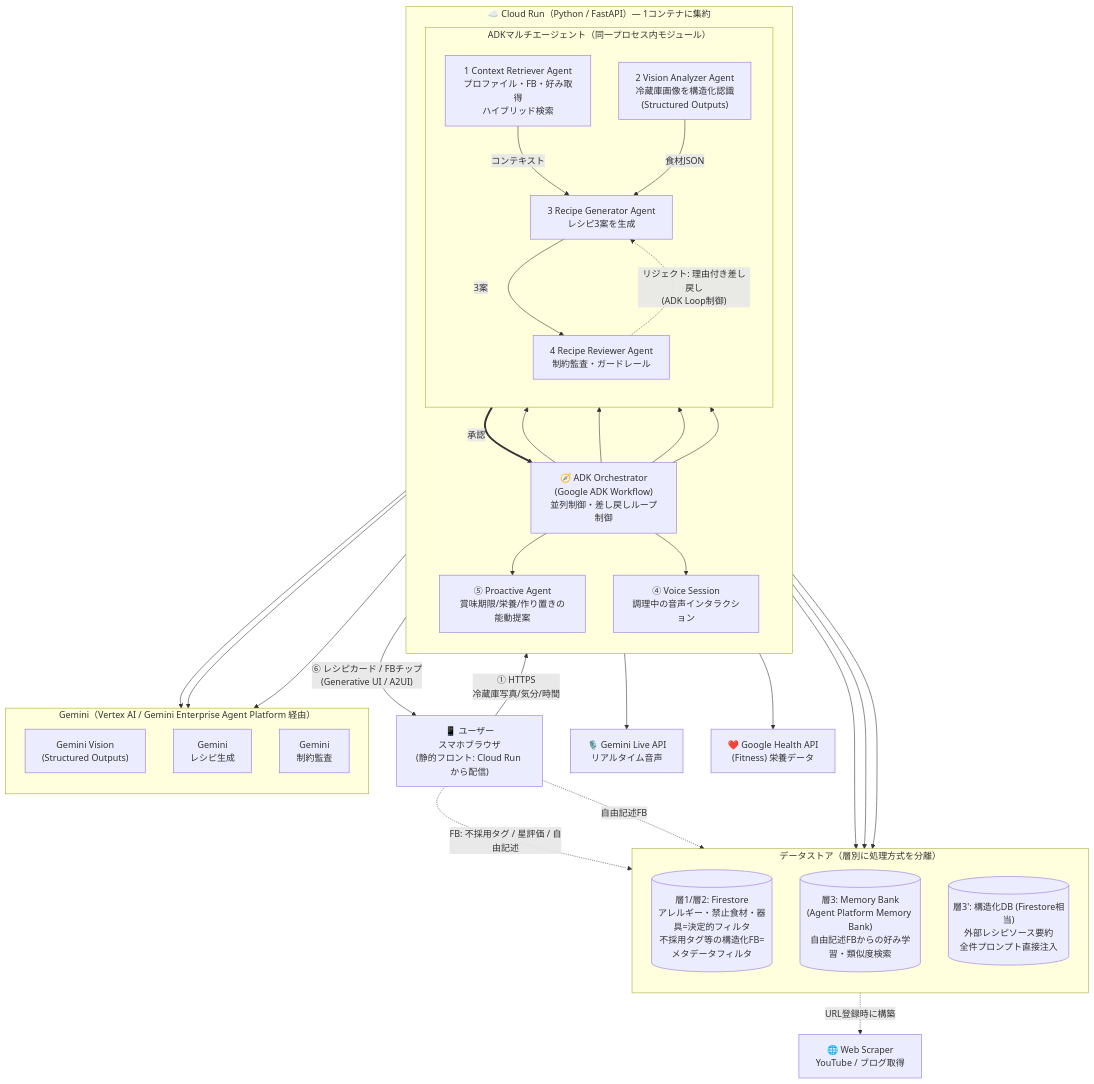
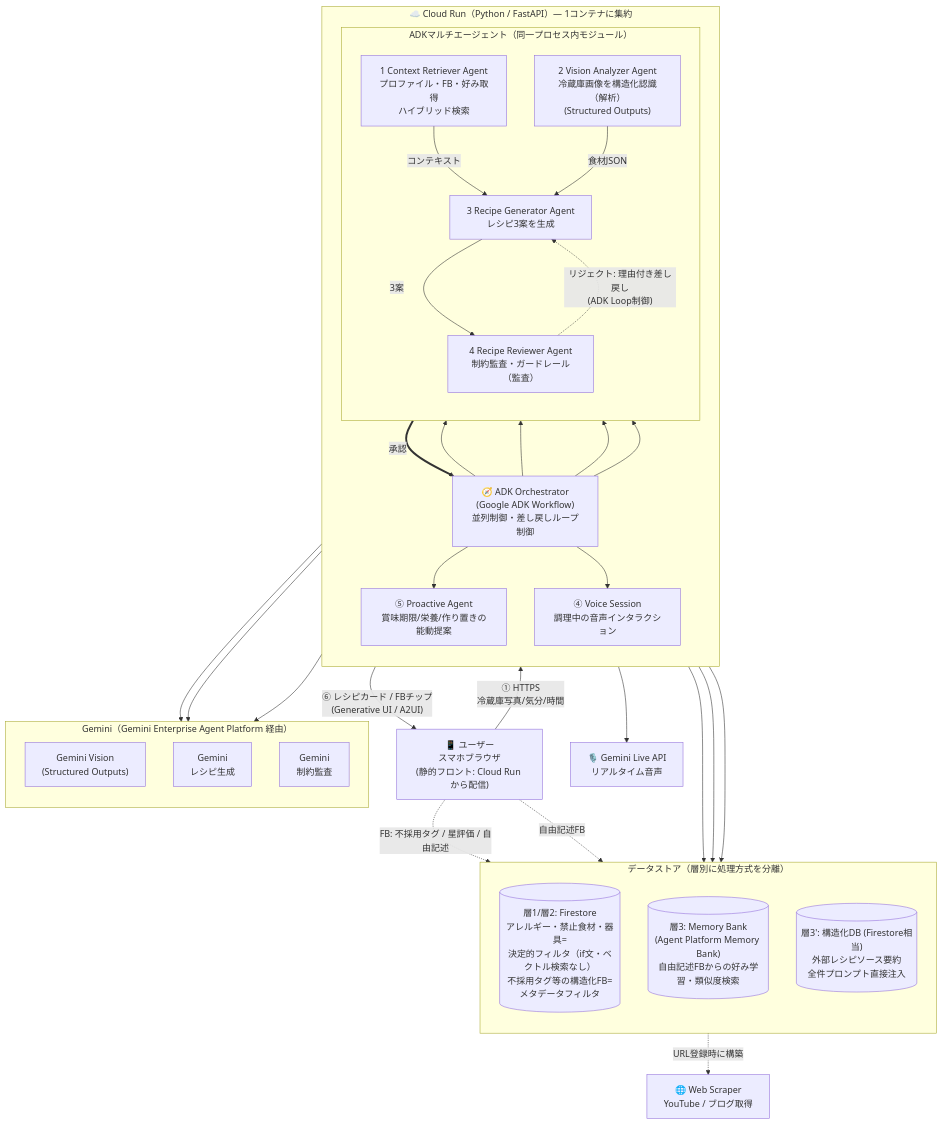
Before and after one commit to TomorrowsMealPlanningBoard/webapp: the first of 2 diagrams in docs/architecture.md, drawn with Mermaid. The commit also changed other lines of this file and 7 other files, not shown here.

````diff
--- a/docs/architecture.md
+++ b/docs/architecture.md
@@ -21,74 +21,72 @@
 ```mermaid
 flowchart TB
     User["📱 ユーザー<br/>スマホブラウザ<br/>(静的フロント: Cloud Run から配信)"]
 
     subgraph CloudRun["☁️ Cloud Run（Python / FastAPI）— 1コンテナに集約"]
         direction TB
         Orch["🧭 ADK Orchestrator<br/>(Google ADK Workflow)<br/>並列制御・差し戻しループ制御"]
 
         subgraph Agents["ADKマルチエージェント（同一プロセス内モジュール）"]
             direction TB
             CR["1 Context Retriever Agent<br/>プロファイル・FB・好み取得<br/>ハイブリッド検索"]
-            VA["2 Vision Analyzer Agent<br/>冷蔵庫画像を構造化認識<br/>(Structured Outputs)"]
+            VA["2 Vision Analyzer Agent<br/>冷蔵庫画像を構造化認識（解析）<br/>(Structured Outputs)"]
             RG["3 Recipe Generator Agent<br/>レシピ3案を生成"]
-            RV["4 Recipe Reviewer Agent<br/>制約監査・ガードレール"]
+            RV["4 Recipe Reviewer Agent<br/>制約監査・ガードレール（監査）"]
         end
 
         Proactive["⑤ Proactive Agent<br/>賞味期限/栄養/作り置きの能動提案"]
         Voice["④ Voice Session<br/>調理中の音声インタラクション"]
     end
 
     subgraph Data["データストア（層別に処理方式を分離）"]
         direction TB
-        FS[("層1/層2: Firestore<br/>アレルギー・禁止食材・器具=決定的フィルタ<br/>不採用タグ等の構造化FB=メタデータフィルタ")]
+        FS[("層1/層2: Firestore<br/>アレルギー・禁止食材・器具=<br/>決定的フィルタ（if文・ベクトル検索なし）<br/>不採用タグ等の構造化FB=メタデータフィルタ")]
         MB[("層3: Memory Bank<br/>(Agent Platform Memory Bank)<br/>自由記述FBからの好み学習・類似度検索")]
         SRC[("層3': 構造化DB (Firestore相当)<br/>外部レシピソース要約<br/>全件プロンプト直接注入")]
     end
 
-    subgraph LLM["Gemini（Vertex AI / Gemini Enterprise Agent Platform 経由）"]
+    subgraph LLM["Gemini（Gemini Enterprise Agent Platform 経由）"]
         direction TB
         GVision["Gemini Vision<br/>(Structured Outputs)"]
         GGen["Gemini<br/>レシピ生成"]
         GRev["Gemini<br/>制約監査"]
     end
 
     Live["🎙️ Gemini Live API<br/>リアルタイム音声"]
-    Health["❤️ Google Health API<br/>(Fitness) 栄養データ"]
     Scraper["🌐 Web Scraper<br/>YouTube / ブログ取得"]
 
     %% ユーザー往復
     User -->|"① HTTPS<br/>冷蔵庫写真/気分/時間"| Orch
     Orch -->|"⑥ レシピカード / FBチップ<br/>(Generative UI / A2UI)"| User
 
     %% オーケストレーション
     Orch --> CR
     Orch --> VA
     Orch --> RG
     Orch --> RV
     Orch --> Proactive
     Orch --> Voice
 
     %% 生成→監査→差し戻しループ
     CR -->|"コンテキスト"| RG
     VA -->|"食材JSON"| RG
     RG -->|"3案"| RV
     RV -.->|"リジェクト: 理由付き差し戻し<br/>(ADK Loop制御)"| RG
     RV ==>|"承認"| Orch
 
     %% データ接続
     CR --> FS
     CR --> MB
     CR --> SRC
     VA --> GVision
     RG --> GGen
     RV --> GRev
 
     %% 外部連携
     Voice --> Live
-    Proactive --> Health
     SRC -.->|"URL登録時に構築"| Scraper
 
     %% フィードバックフライホイール（ループA）
     User -.->|"FB: 不採用タグ / 星評価 / 自由記述"| FS
     User -.->|"自由記述FB"| MB
 ```
````
